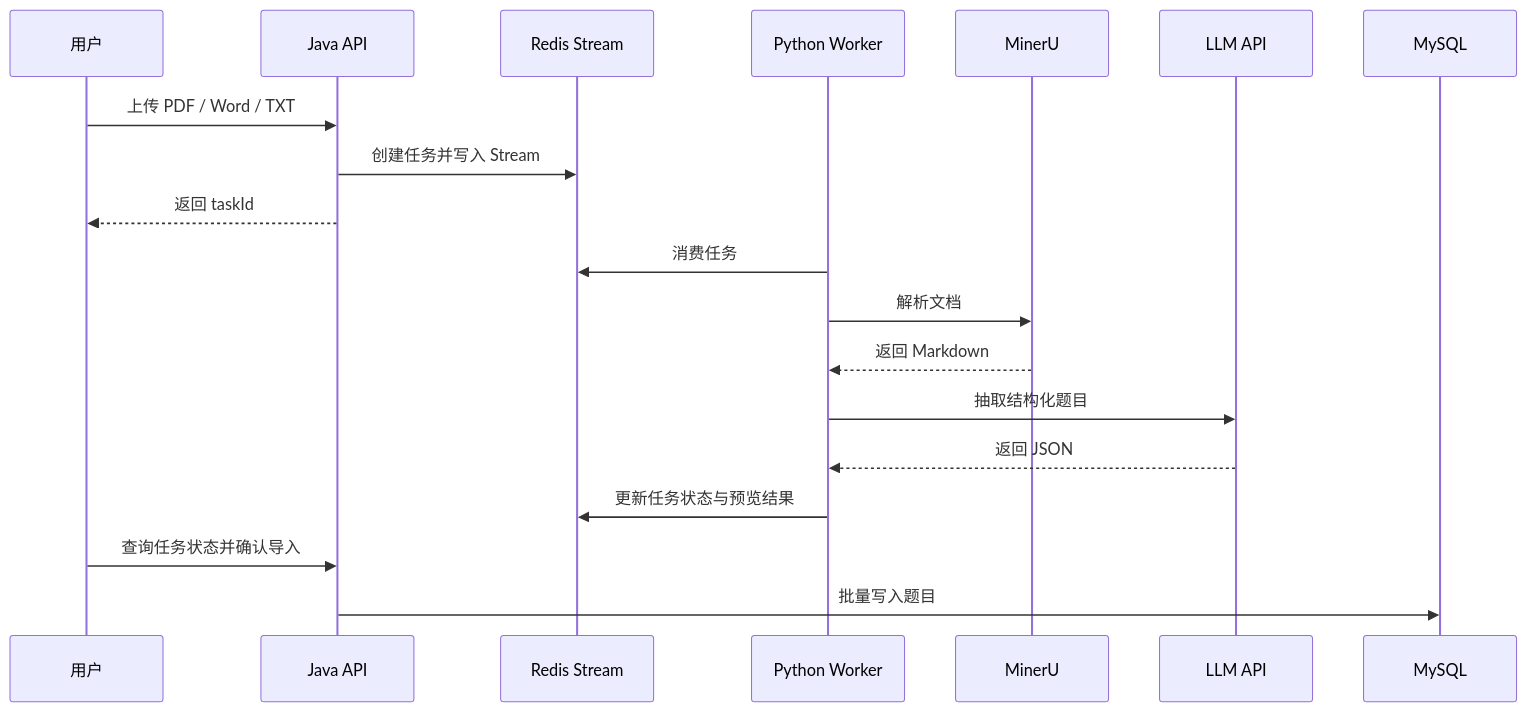
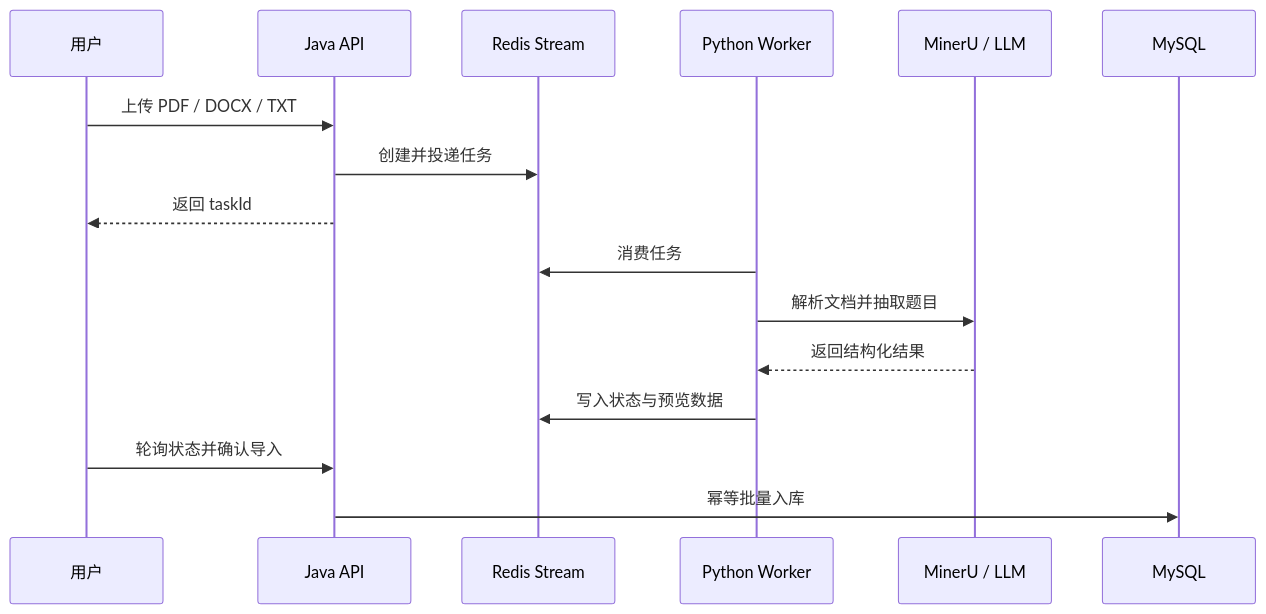
Before and after one commit to C1ouDreamW/iShua_backend: the second of 2 diagrams in README.md, drawn with Mermaid. The commit also changed other lines of this file and 1 other file, not shown here.

````diff
--- a/README.md
+++ b/README.md
@@ -55,22 +81,19 @@
 ```mermaid
 sequenceDiagram
     participant U as 用户
     participant J as Java API
     participant R as Redis Stream
     participant P as Python Worker
-    participant M as MinerU
-    participant L as LLM API
+    participant M as MinerU / LLM
     participant DB as MySQL
 
-    U->>J: 上传 PDF / Word / TXT
-    J->>R: 创建任务并写入 Stream
+    U->>J: 上传 PDF / DOCX / TXT
+    J->>R: 创建并投递任务
     J-->>U: 返回 taskId
     P->>R: 消费任务
-    P->>M: 解析文档
-    M-->>P: 返回 Markdown
-    P->>L: 抽取结构化题目
-    L-->>P: 返回 JSON
-    P->>R: 更新任务状态与预览结果
-    U->>J: 查询任务状态并确认导入
-    J->>DB: 批量写入题目
+    P->>M: 解析文档并抽取题目
+    M-->>P: 返回结构化结果
+    P->>R: 写入状态与预览数据
+    U->>J: 轮询状态并确认导入
+    J->>DB: 幂等批量入库
 ```
````
